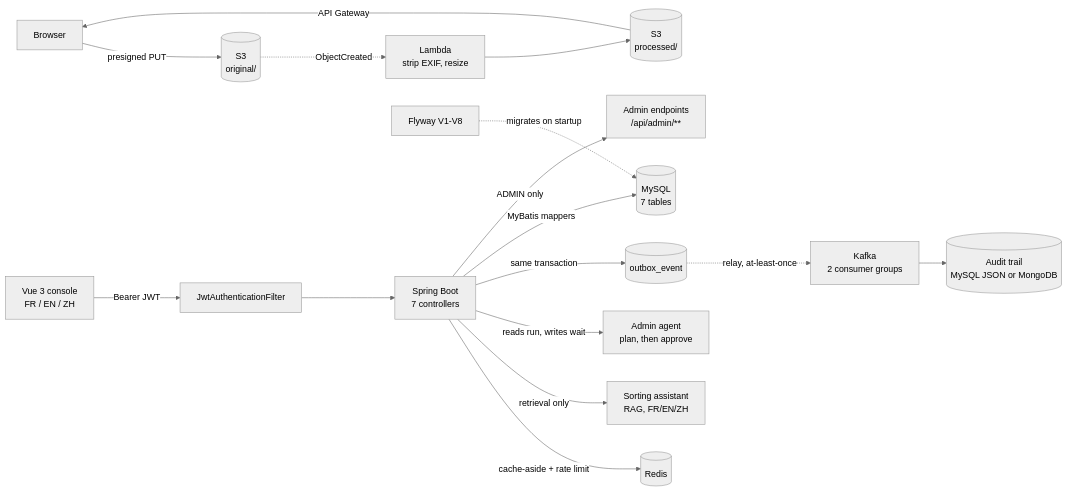
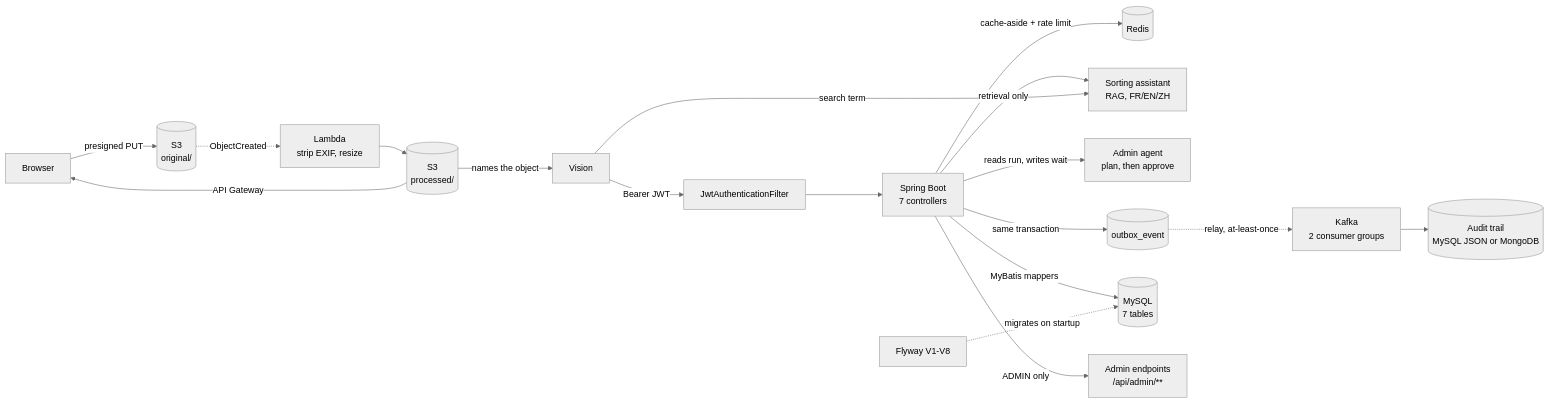
Before and after one commit to kingmars2022/blainville-waste-sorting: the diagram in README.md, drawn with Mermaid (neutral theme). The commit also changed other lines of this file and 17 other files, not shown here.

````diff
--- a/README.md
+++ b/README.md
@@ -8,18 +8,20 @@
 ```mermaid
 flowchart LR
     V["Vue 3 console<br/>FR / EN / ZH"] -->|"Bearer JWT"| F["JwtAuthenticationFilter"]
     F --> A["Spring Boot<br/>7 controllers"]
     A -->|"cache-aside + rate limit"| R[("Redis")]
     A -->|"retrieval only"| AI["Sorting assistant<br/>RAG, FR/EN/ZH"]
     A -->|"reads run, writes wait"| AG["Admin agent<br/>plan, then approve"]
     B["Browser"] -->|"presigned PUT"| S3[("S3<br/>original/")]
     S3 -.->|"ObjectCreated"| L["Lambda<br/>strip EXIF, resize"]
     L --> S3P[("S3<br/>processed/")]
     S3P -->|"API Gateway"| B
+    S3P -->|"names the object"| V["Vision"]
+    V -->|"search term"| AI
     A -->|"same transaction"| OB[("outbox_event")]
     OB -.->|"relay, at-least-once"| K["Kafka<br/>2 consumer groups"]
     K --> AU[("Audit trail<br/>MySQL JSON or MongoDB")]
     A -->|"MyBatis mappers"| D[("MySQL<br/>7 tables")]
     FW["Flyway V1-V8"] -.->|"migrates on startup"| D
     A -->|"ADMIN only"| ADM["Admin endpoints<br/>/api/admin/**"]
 ```
````
